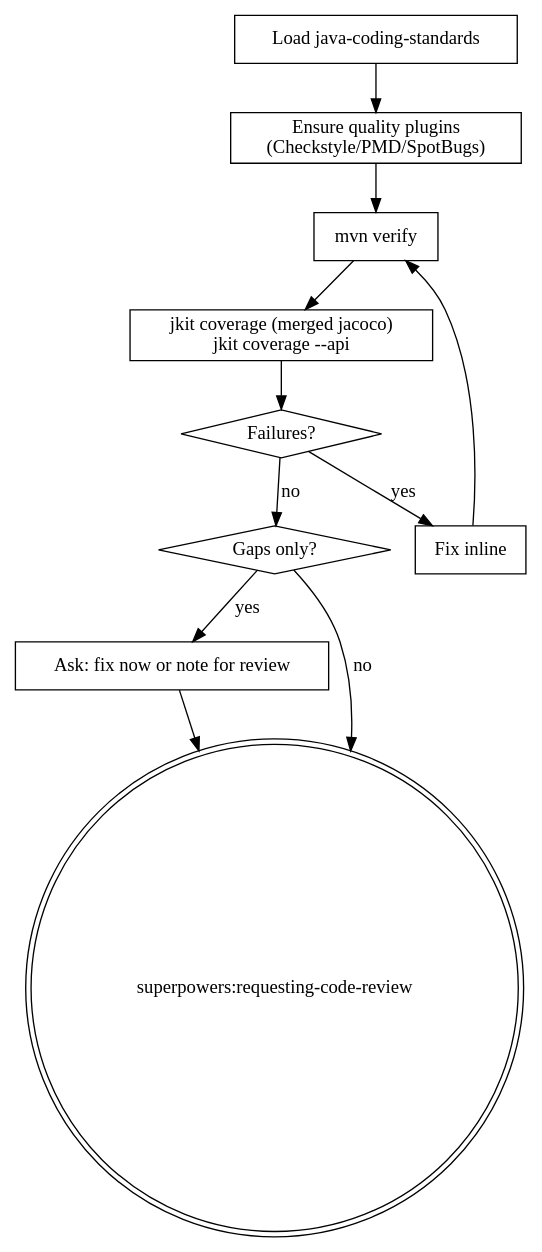
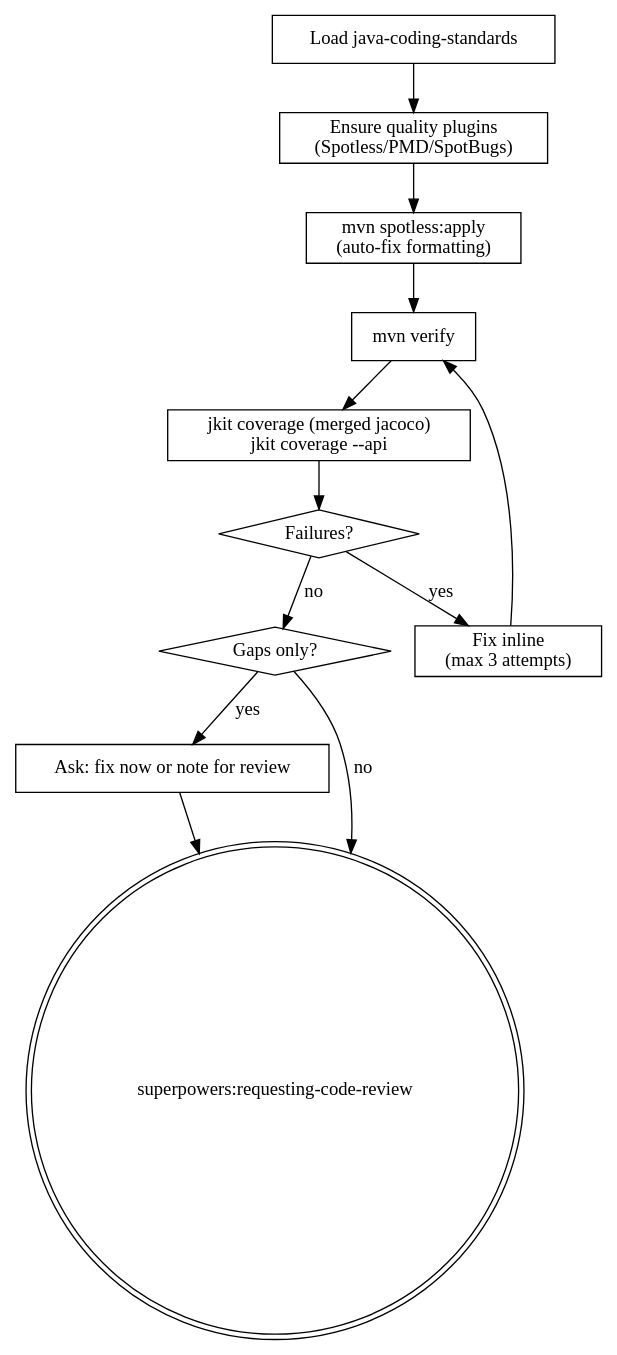
The diagram in skills/java-verify/SKILL.md (honghaowuu/jkit), drawn with Graphviz before and after one commit. The commit also changed other lines of this file and 1 other file, not shown here.

First line of the commit message:
feat(java-verify): replace Checkstyle with Spotless for auto-fix formatting

````diff
--- a/skills/java-verify/SKILL.md
+++ b/skills/java-verify/SKILL.md
@@ -20,24 +20,26 @@
 ```dot
 digraph java_verify {
     "Load java-coding-standards" [shape=box];
-    "Ensure quality plugins\n(Checkstyle/PMD/SpotBugs)" [shape=box];
+    "Ensure quality plugins\n(Spotless/PMD/SpotBugs)" [shape=box];
+    "mvn spotless:apply\n(auto-fix formatting)" [shape=box];
     "mvn verify" [shape=box];
     "jkit coverage (merged jacoco)\njkit coverage --api" [shape=box];
     "Failures?" [shape=diamond];
-    "Fix inline" [shape=box];
+    "Fix inline\n(max 3 attempts)" [shape=box];
     "Gaps only?" [shape=diamond];
     "Ask: fix now or note for review" [shape=box];
     "superpowers:requesting-code-review" [shape=doublecircle];
 
-    "Load java-coding-standards" -> "Ensure quality plugins\n(Checkstyle/PMD/SpotBugs)";
-    "Ensure quality plugins\n(Checkstyle/PMD/SpotBugs)" -> "mvn verify";
+    "Load java-coding-standards" -> "Ensure quality plugins\n(Spotless/PMD/SpotBugs)";
+    "Ensure quality plugins\n(Spotless/PMD/SpotBugs)" -> "mvn spotless:apply\n(auto-fix formatting)";
+    "mvn spotless:apply\n(auto-fix formatting)" -> "mvn verify";
     "mvn verify" -> "jkit coverage (merged jacoco)\njkit coverage --api";
     "jkit coverage (merged jacoco)\njkit coverage --api" -> "Failures?";
-    "Failures?" -> "Fix inline" [label="yes"];
-    "Fix inline" -> "mvn verify";
+    "Failures?" -> "Fix inline\n(max 3 attempts)" [label="yes"];
+    "Fix inline\n(max 3 attempts)" -> "mvn verify";
     "Failures?" -> "Gaps only?" [label="no"];
     "Gaps only?" -> "Ask: fix now or note for review" [label="yes"];
     "Gaps only?" -> "superpowers:requesting-code-review" [label="no"];
     "Ask: fix now or note for review" -> "superpowers:requesting-code-review";
 }
 ```
````
